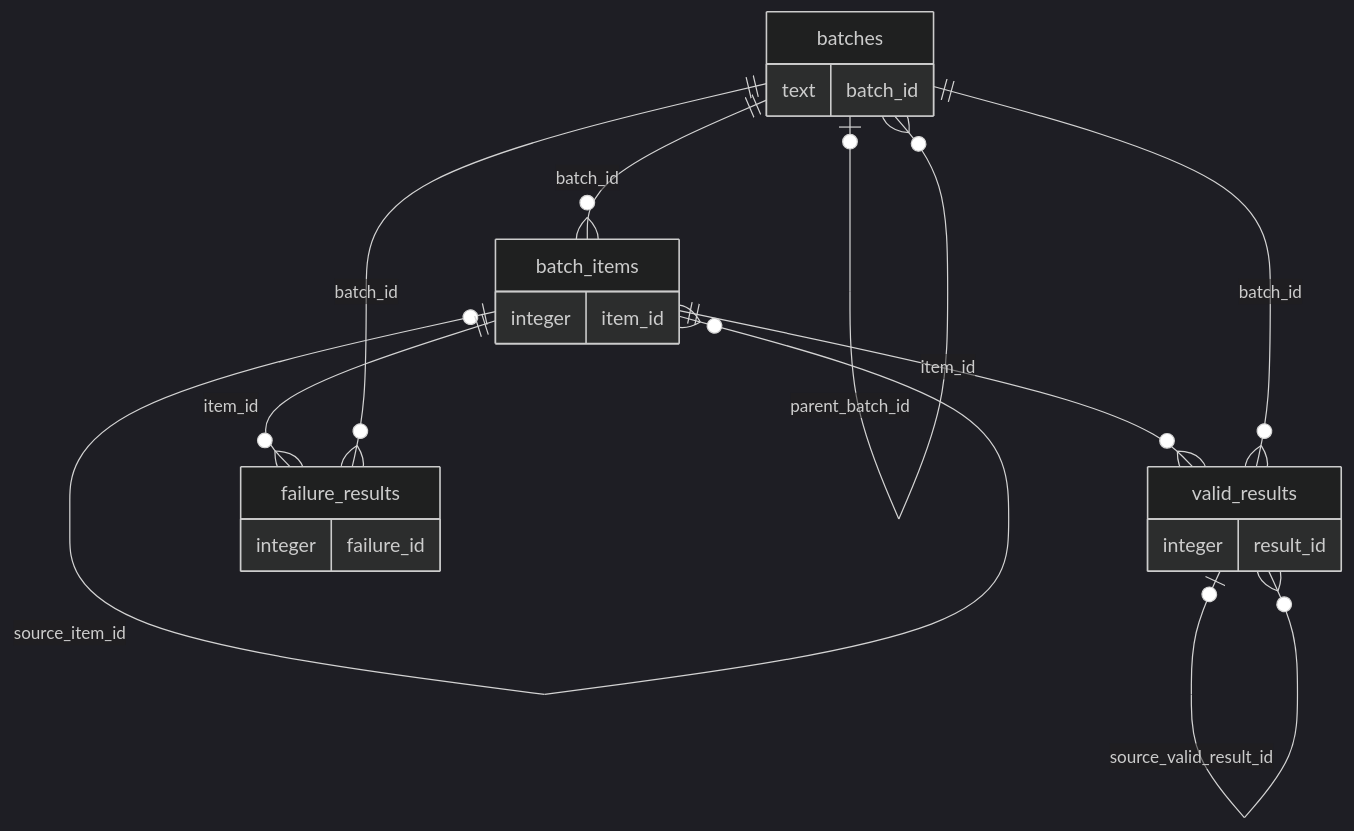
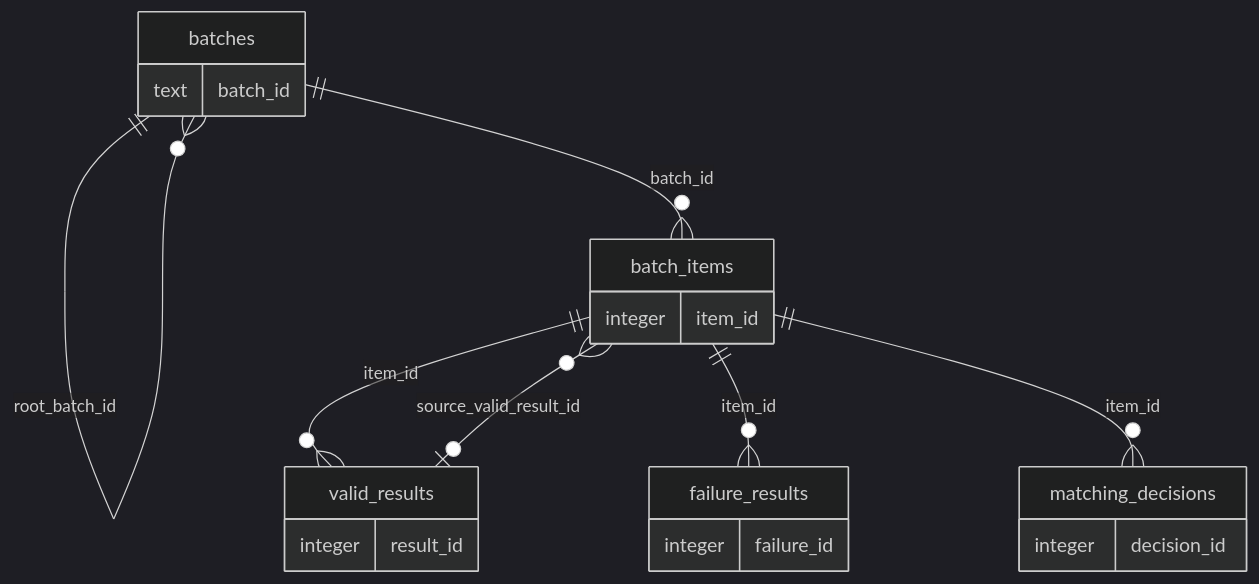
Before and after one commit to Kumoyyds/competitor_product_search: the diagram in docs/orchestrator_storage.md, drawn with Mermaid (dark theme). The commit also changed other lines of this file and 24 other files, not shown here.

````diff
--- a/docs/orchestrator_storage.md
+++ b/docs/orchestrator_storage.md
@@ -161,23 +181,25 @@
 ```mermaid
 erDiagram
     batches {
         text batch_id
     }
     batch_items {
         integer item_id
     }
     valid_results {
         integer result_id
     }
     failure_results {
         integer failure_id
     }
+    matching_decisions {
+        integer decision_id
+    }
     batches |o--o{ batches : "parent_batch_id"
-    batch_items |o--o{ batch_items : "source_item_id"
+    batches ||--o{ batches : "root_batch_id"
+    valid_results |o--o{ batch_items : "source_valid_result_id"
     batches ||--o{ batch_items : "batch_id"
-    valid_results |o--o{ valid_results : "source_valid_result_id"
     batch_items ||--o{ valid_results : "item_id"
-    batches ||--o{ valid_results : "batch_id"
     batch_items ||--o{ failure_results : "item_id"
-    batches ||--o{ failure_results : "batch_id"
+    batch_items ||--o{ matching_decisions : "item_id"
 ```
````
